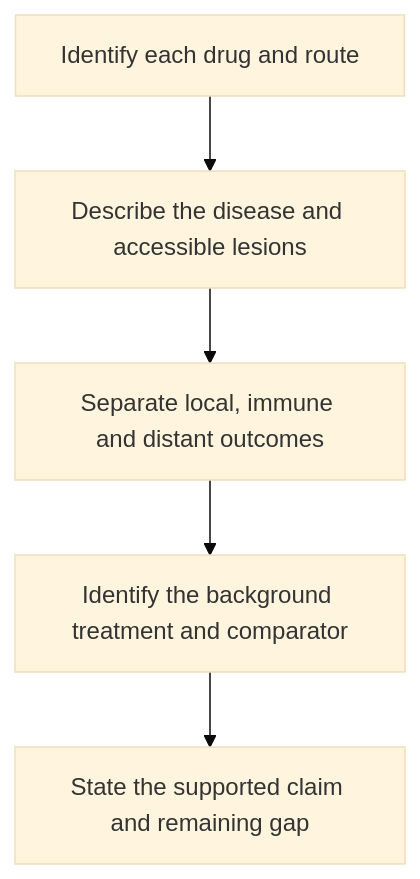
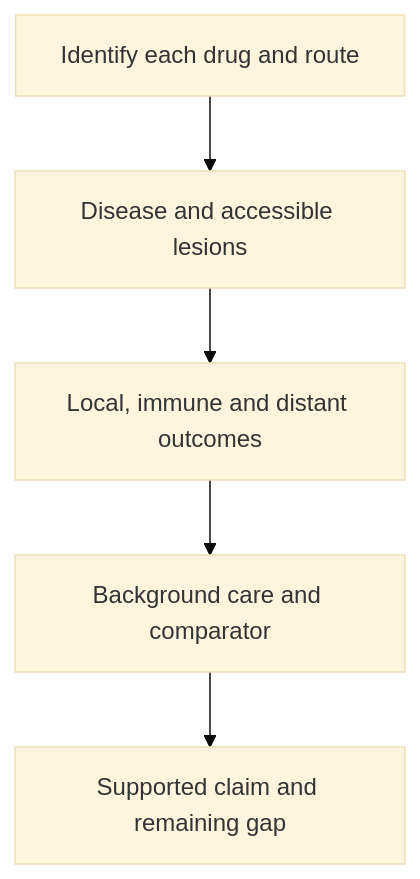
One commit to jasonLaster/oncoguide changed the diagram in wiki/education/guides/local-therapy-and-the-immune-system/07-read-an-injected-treatment-study.md. Above: the diagram before and after it, drawn with Mermaid (base theme). The commit also changed other lines of this file and 49 other files, not shown here.

````diff
--- a/wiki/education/guides/local-therapy-and-the-immune-system/07-read-an-injected-treatment-study.md
+++ b/wiki/education/guides/local-therapy-and-the-immune-system/07-read-an-injected-treatment-study.md
@@ -32,7 +32,7 @@
 ```mermaid
 flowchart TD
-  A[Identify each drug and route] --> B[Describe the disease and accessible lesions]
-  B --> C[Separate local, immune and distant outcomes]
-  C --> D[Identify the background treatment and comparator]
-  D --> E[State the supported claim and remaining gap]
+  A[Identify each drug and route] --> B[Disease and accessible lesions]
+  B --> C[Local, immune and distant outcomes]
+  C --> D[Background care and comparator]
+  D --> E[Supported claim and remaining gap]
 ```
````
